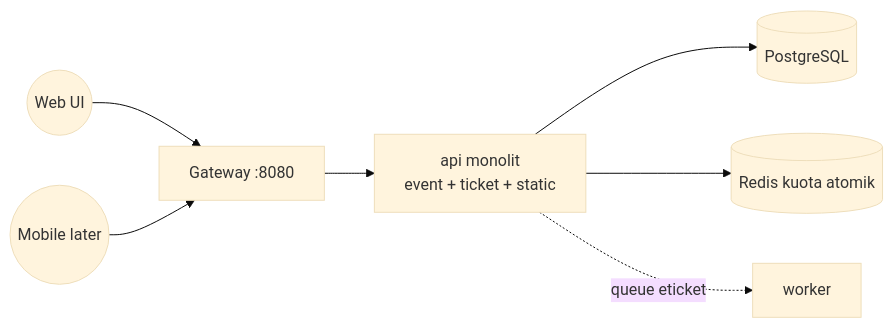
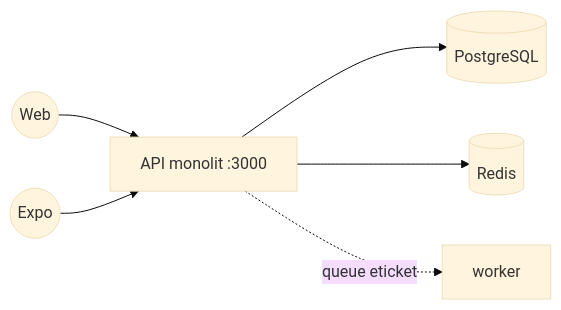
The second of 2 diagrams in README.md (alhizra/Klpk1_War-Tiket-Konser), drawn with Mermaid (base theme) before and after one commit. The commit also changed other lines of this file and 97 other files, not shown here.

Commit message:
docs: architecture PNG diagrams + web/mobile parity

````diff
--- a/README.md
+++ b/README.md
@@ -9,9 +137,8 @@
 ```mermaid
 graph LR
-  Web((Web UI)) --> GW[Gateway :8080]
-  Mobile((Mobile later)) --> GW
-  GW --> API[api monolit<br/>event + ticket + static]
+  Web((Web)) --> API[API monolit :3000]
+  Mobile((Expo)) --> API
   API --> PG[(PostgreSQL)]
-  API --> RD[(Redis kuota atomik)]
+  API --> RD[(Redis)]
   API -.->|queue eticket| W[worker]
 ```
````
